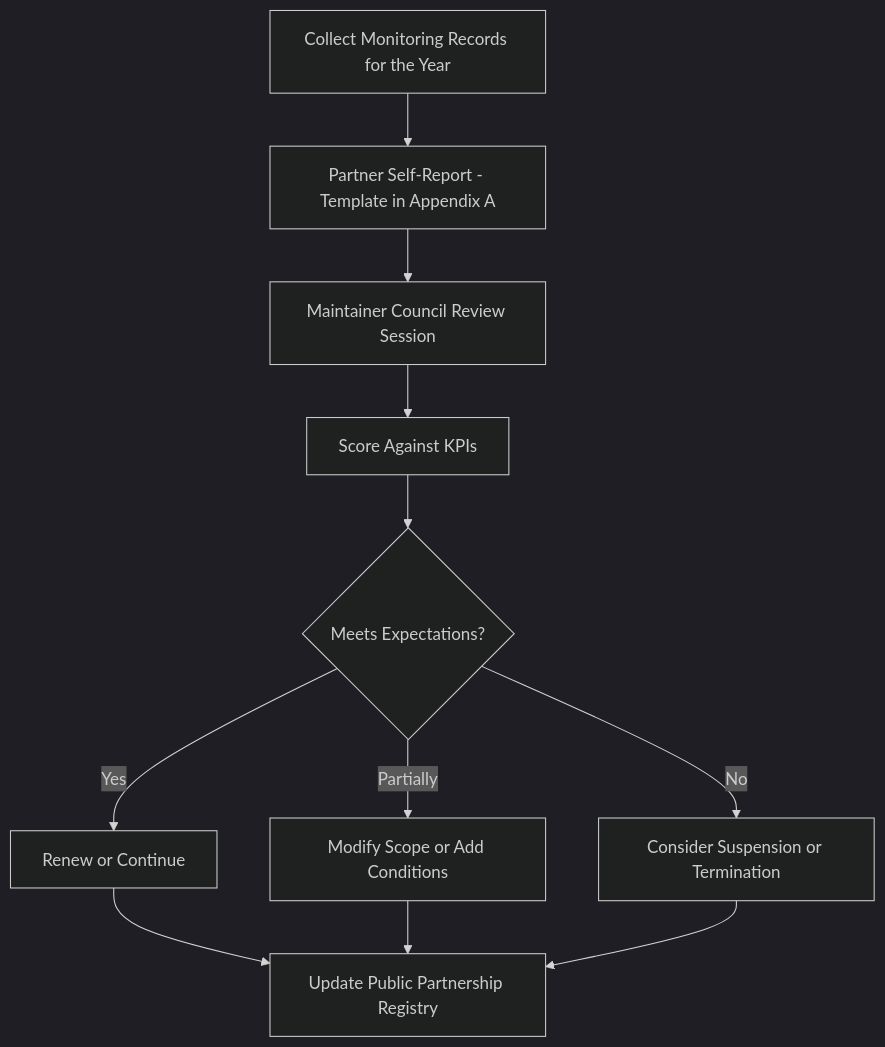
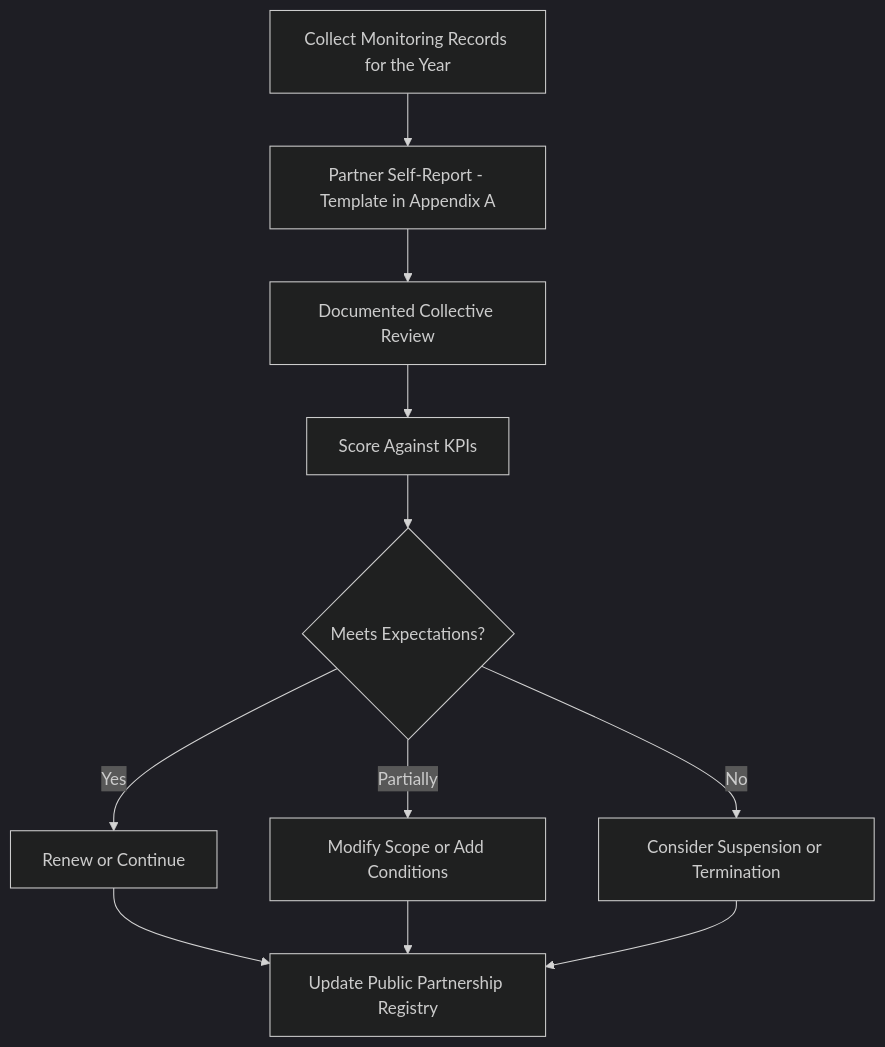
The sixth of 6 diagrams in PARTNERSHIPS.md (Celo-HaiTi/celoht-docs), drawn with Mermaid (dark theme) before and after one commit. The commit also changed other lines of this file and 27 other files, not shown here.

````diff
--- a/PARTNERSHIPS.md
+++ b/PARTNERSHIPS.md
@@ -541,13 +540,13 @@
 ```mermaid
 flowchart TD
     A[Collect Monitoring Records for the Year] --> B[Partner Self-Report - Template in Appendix A]
-    B --> C[Maintainer Council Review Session]
+    B --> C[Documented Collective Review]
     C --> D[Score Against KPIs]
     D --> E{Meets Expectations?}
     E -- Yes --> F[Renew or Continue]
     E -- Partially --> G[Modify Scope or Add Conditions]
     E -- No --> H[Consider Suspension or Termination]
     F --> I[Update Public Partnership Registry]
     G --> I
     H --> I
 ```
````
